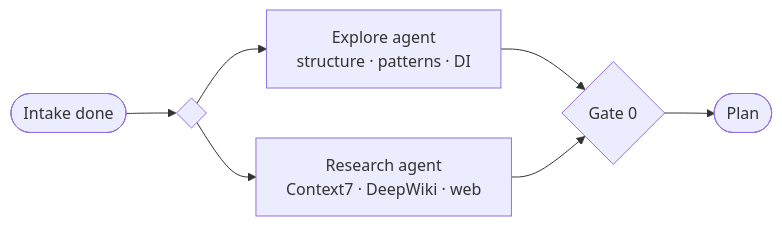
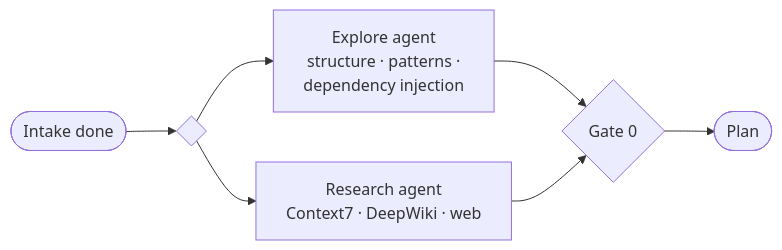
One commit to theagenticguy/erpaval changed the third of 7 diagrams in README.md. Above: the diagram before and after it, drawn with Mermaid. The commit also changed other lines of this file, not shown here.

````diff
--- a/README.md
+++ b/README.md
@@ -136,9 +138,9 @@
 ```mermaid
 flowchart LR
   START([Intake done]) --> FORK{ }
-  FORK --> EXP[Explore agent<br/>structure · patterns · DI]
+  FORK --> EXP[Explore agent<br/>structure · patterns ·<br/>dependency injection]
   FORK --> RES[Research agent<br/>Context7 · DeepWiki · web]
   EXP --> JOIN{Gate 0}
   RES --> JOIN
   JOIN --> PLAN([Plan])
 ```
````
